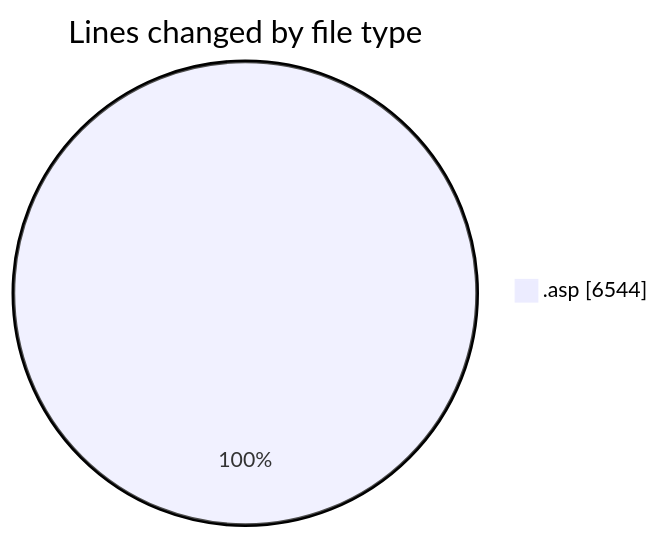
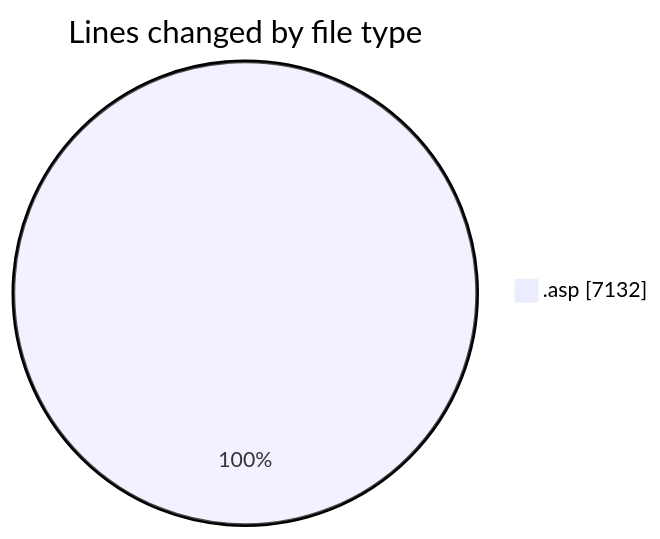
Before and after one commit to julien-gomy/code-tracking: the first of 2 diagrams in 2025-11-15/cdp_aleoudev_fr__workspace_/README.md, drawn with Mermaid. The commit also changed other lines of this file and 1 other file, not shown here.

````diff
--- a/2025-11-15/cdp_aleoudev_fr__workspace_/README.md
+++ b/2025-11-15/cdp_aleoudev_fr__workspace_/README.md
@@ -29,5 +30,5 @@
 ```mermaid
 pie showData
 title Lines changed by file type
-".asp" : 6544
+".asp" : 7132
 ```
````
